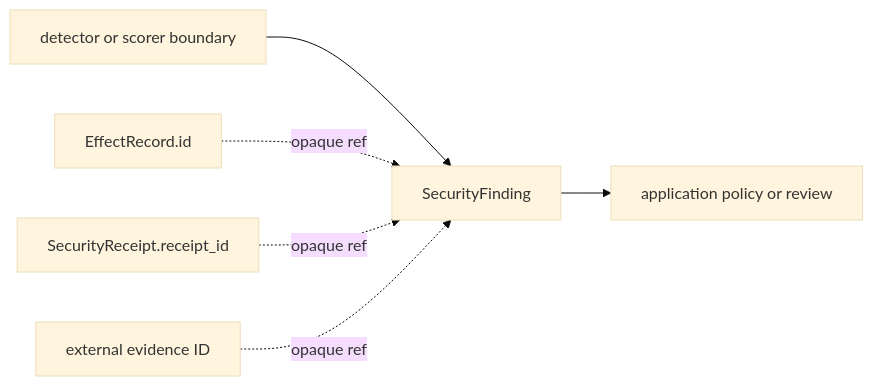
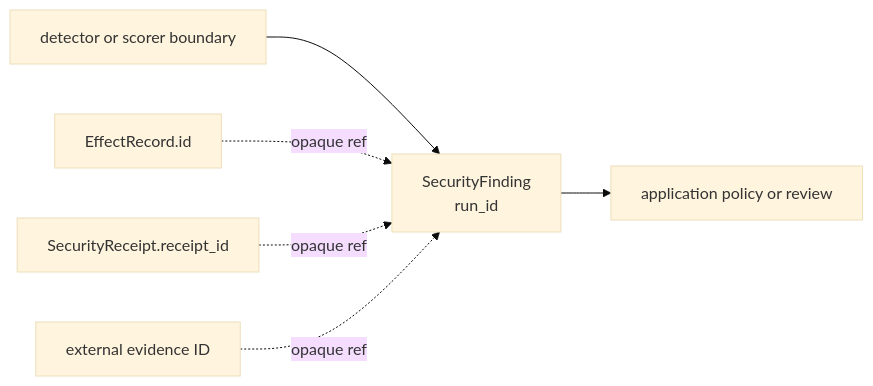
One commit to nirosen/labs-OO-Agents changed the diagram in README.md. Above: the diagram before and after it, drawn with Mermaid (base theme). The commit also changed other lines of this file and 2 other files, not shown here.

Commit message:
Add run scoping to finding transport

````diff
--- a/README.md
+++ b/README.md
@@ -71,8 +71,8 @@
 ```mermaid
 flowchart LR
-    A["detector or scorer boundary"] --> B["SecurityFinding"]
+    A["detector or scorer boundary"] --> B["SecurityFinding<br/>run_id"]
     C["EffectRecord.id"] -. "opaque ref" .-> B
     D["SecurityReceipt.receipt_id"] -. "opaque ref" .-> B
     E["external evidence ID"] -. "opaque ref" .-> B
     B --> F["application policy or review"]
 ```
````
